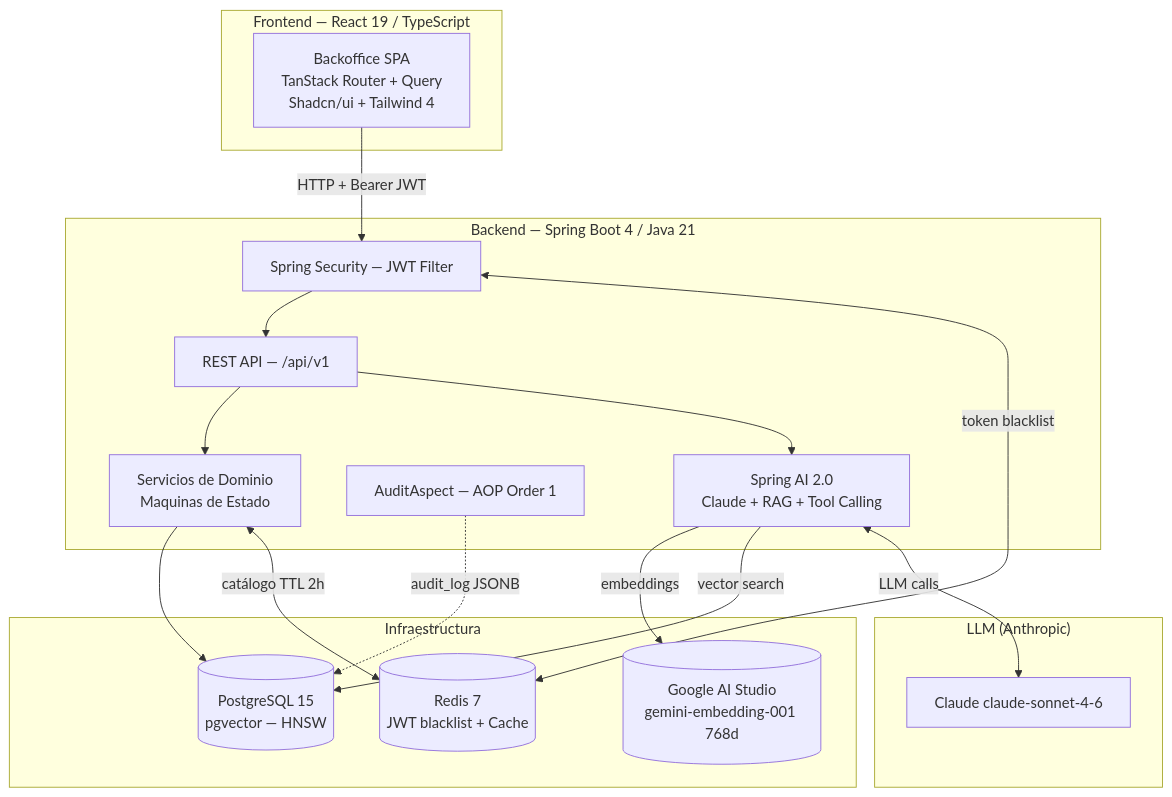
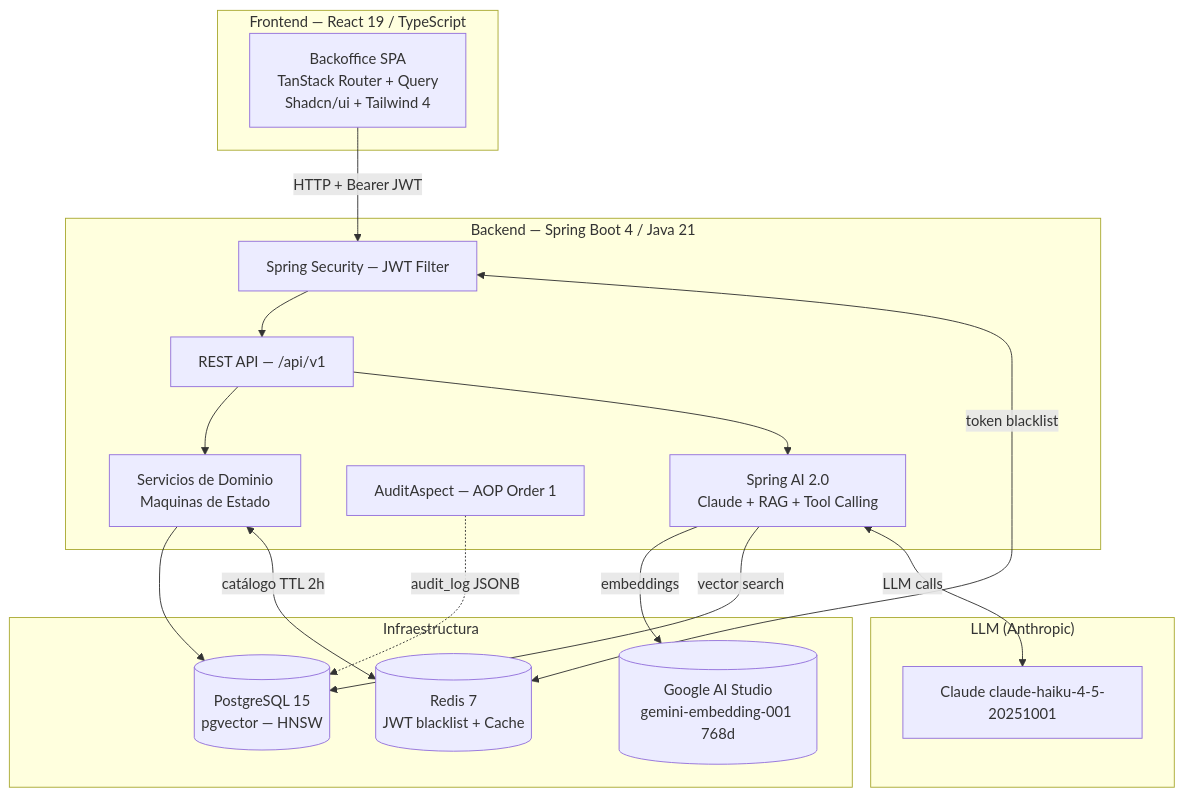
Before and after one commit to FepDev25/sistema-facturacion-medica-springboot-react-postgresql: the diagram in README.md, drawn with Mermaid. The commit also changed other lines of this file and 69 other files, not shown here.

````diff
--- a/README.md
+++ b/README.md
@@ -19,36 +19,36 @@
 ```mermaid
 graph TB
     subgraph FE["Frontend — React 19 / TypeScript"]
         UI["Backoffice SPA<br/>TanStack Router + Query<br/>Shadcn/ui + Tailwind 4"]
     end
 
     subgraph BE["Backend — Spring Boot 4 / Java 21"]
         API["REST API — /api/v1"]
         SEC["Spring Security — JWT Filter"]
         SVC["Servicios de Dominio<br/>Maquinas de Estado"]
         AUDIT["AuditAspect — AOP Order 1"]
         AI["Spring AI 2.0<br/>Claude + RAG + Tool Calling"]
     end
 
     subgraph INFRA["Infraestructura"]
         PG[("PostgreSQL 15<br/>pgvector — HNSW")]
         RD[("Redis 7<br/>JWT blacklist + Cache")]
         GG[("Google AI Studio<br/>gemini-embedding-001 768d")]
     end
 
     subgraph LLM["LLM (Anthropic)"]
-        CL["Claude claude-sonnet-4-6"]
+        CL["Claude claude-haiku-4-5-20251001"]
     end
 
     UI -->|"HTTP + Bearer JWT"| SEC
     SEC --> API
     API --> SVC
     API --> AI
     SVC --> PG
     AUDIT -.->|audit_log JSONB| PG
     SEC <-->|token blacklist| RD
     SVC <-->|catálogo TTL 2h| RD
     AI -->|embeddings| GG
     AI -->|vector search| PG
     AI <-->|LLM calls| CL
 ```
````
